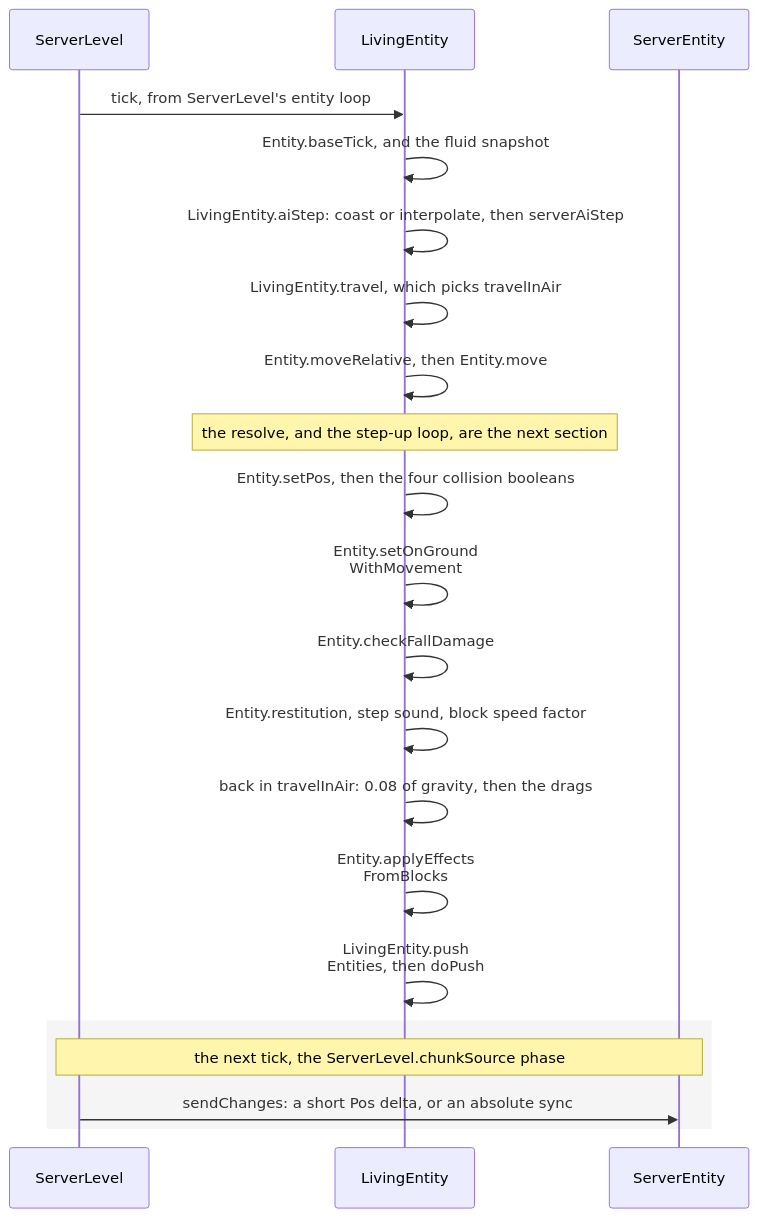
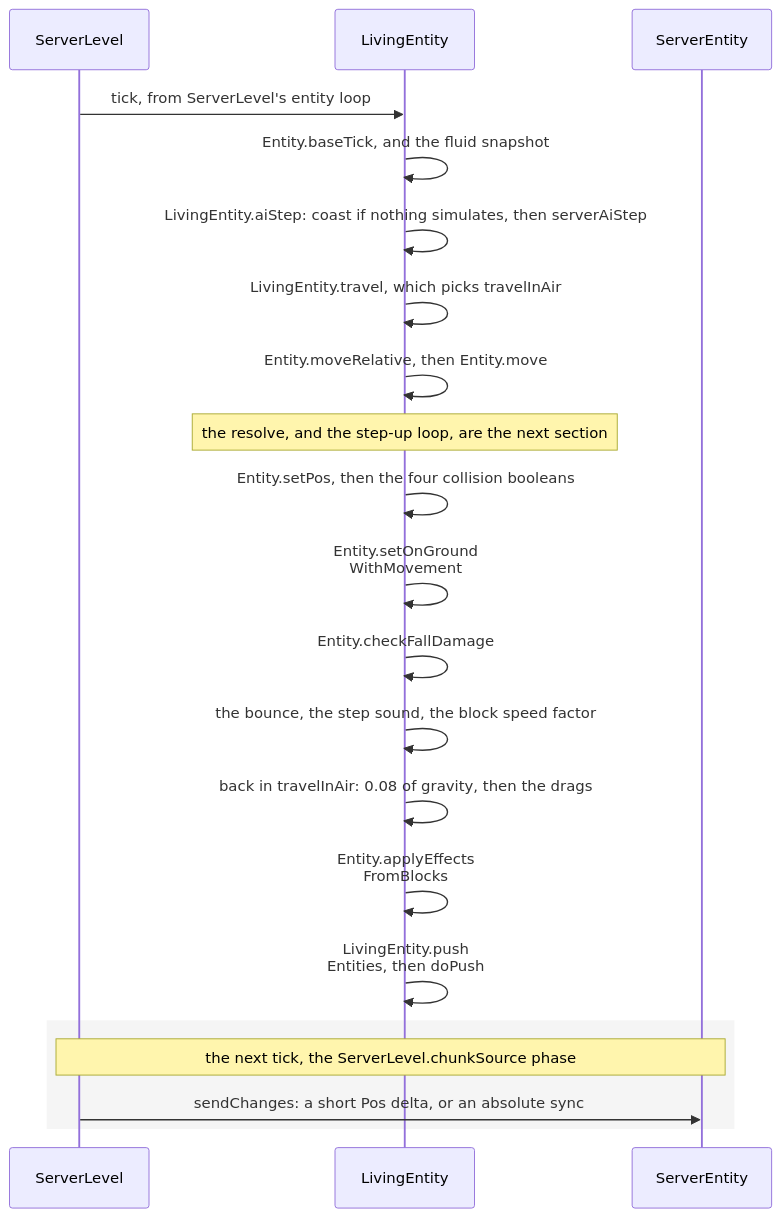
Before and after one commit to AlexanderjFraser/MinecraftDocs: the first of 2 diagrams in src/systems/entities/movement-and-collision.md, drawn with Mermaid. The commit also changed other lines of this file and 21 other files, not shown here.

````diff
--- a/src/systems/entities/movement-and-collision.md
+++ b/src/systems/entities/movement-and-collision.md
@@ -53,24 +54,24 @@
 ```mermaid
 sequenceDiagram
     participant SL as ServerLevel
     participant LE as LivingEntity
     participant SE as ServerEntity
 
     SL->>LE: tick, from ServerLevel's entity loop
     LE->>LE: Entity.baseTick, and the fluid snapshot
-    LE->>LE: LivingEntity.aiStep: coast or interpolate, then serverAiStep
+    LE->>LE: LivingEntity.aiStep: coast if nothing simulates, then serverAiStep
     LE->>LE: LivingEntity.travel, which picks travelInAir
     LE->>LE: Entity.moveRelative, then Entity.move
     Note over LE: the resolve, and the step-up loop, are the next section
     LE->>LE: Entity.setPos, then the four collision booleans
     LE->>LE: Entity.setOnGround<br/>WithMovement
     LE->>LE: Entity.checkFallDamage
-    LE->>LE: Entity.restitution, step sound, block speed factor
+    LE->>LE: the bounce, the step sound, the block speed factor
     LE->>LE: back in travelInAir: 0.08 of gravity, then the drags
     LE->>LE: Entity.applyEffects<br/>FromBlocks
     LE->>LE: LivingEntity.push<br/>Entities, then doPush
     rect rgba(0, 0, 0, 0.04)
     Note over SL,SE: the next tick, the ServerLevel.chunkSource phase
     SL->>SE: sendChanges: a short Pos delta, or an absolute sync
     end
 ```
````
